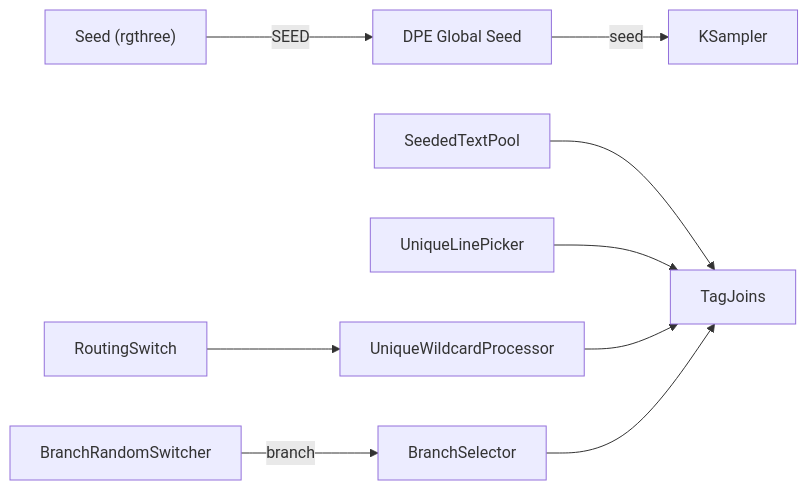
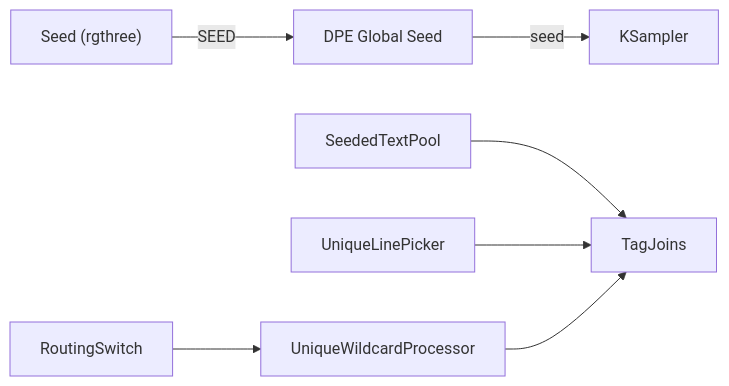
Before and after one commit to Cueuler/dynamic_prompt_engine: the diagram in README.md, drawn with Mermaid. The commit also changed other lines of this file and 30 other files, not shown here.

````diff
--- a/README.md
+++ b/README.md
@@ -52,22 +30,18 @@
 ```mermaid
 flowchart LR
   rgthree["Seed (rgthree)"]
   dpeSeed["DPE Global Seed"]
   rootPool["SeededTextPool"]
   linePicker["UniqueLinePicker"]
   routing[RoutingSwitch]
   wildcard[UniqueWildcardProcessor]
-  switcher[BranchRandomSwitcher]
-  selector[BranchSelector]
   joins[TagJoins]
   ksampler[KSampler]
 
   rgthree -->|"SEED"| dpeSeed
   dpeSeed -->|"seed"| ksampler
   rootPool --> joins
   linePicker --> joins
   routing --> wildcard
   wildcard --> joins
-  switcher -->|"branch"| selector
-  selector --> joins
 ```
````
